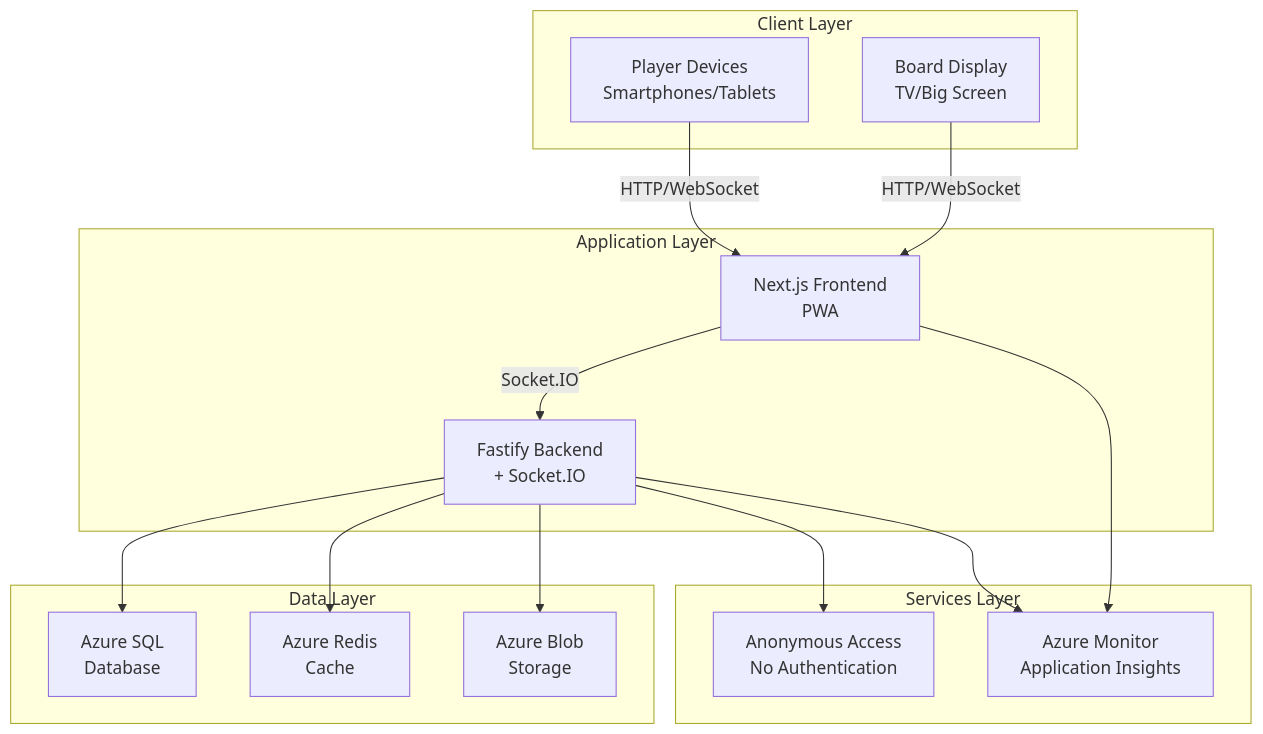
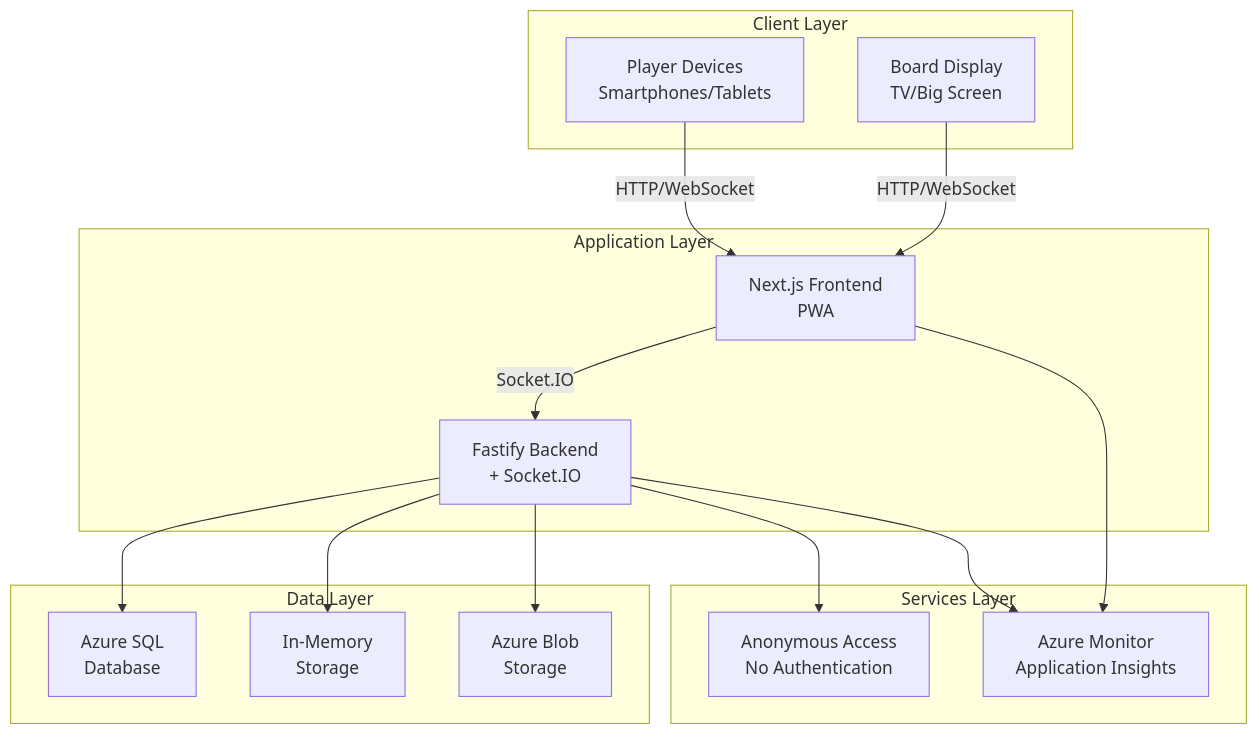
The first of 4 diagrams in docs/wiki/Architecture.md (balburg/AlexDrikkelek), drawn with Mermaid before and after one commit. The commit also changed other lines of this file and 2 other files, not shown here.

Commit message:
wiki: update Home, Architecture, and Deployment to remove Redis references

````diff
--- a/docs/wiki/Architecture.md
+++ b/docs/wiki/Architecture.md
@@ -9,33 +9,33 @@
 ```mermaid
 graph TB
     subgraph "Client Layer"
         A[Player Devices<br/>Smartphones/Tablets]
         B[Board Display<br/>TV/Big Screen]
     end
     
     subgraph "Application Layer"
         C[Next.js Frontend<br/>PWA]
         D[Fastify Backend<br/>+ Socket.IO]
     end
     
     subgraph "Data Layer"
         E[Azure SQL<br/>Database]
-        F[Azure Redis<br/>Cache]
+        F[In-Memory<br/>Storage]
         G[Azure Blob<br/>Storage]
     end
     
     subgraph "Services Layer"
         H[Anonymous Access<br/>No Authentication]
         I[Azure Monitor<br/>Application Insights]
     end
     
     A -->|HTTP/WebSocket| C
     B -->|HTTP/WebSocket| C
     C -->|Socket.IO| D
     D --> E
     D --> F
     D --> G
     D --> H
     D --> I
     C --> I
 ```
````
